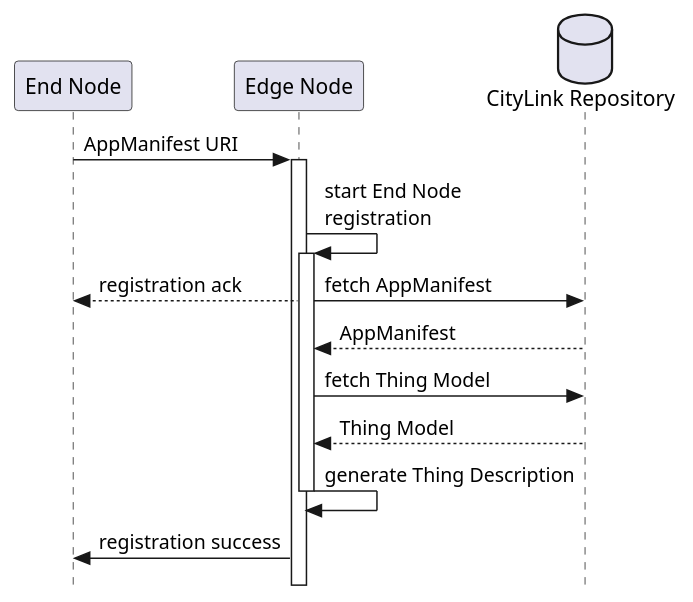
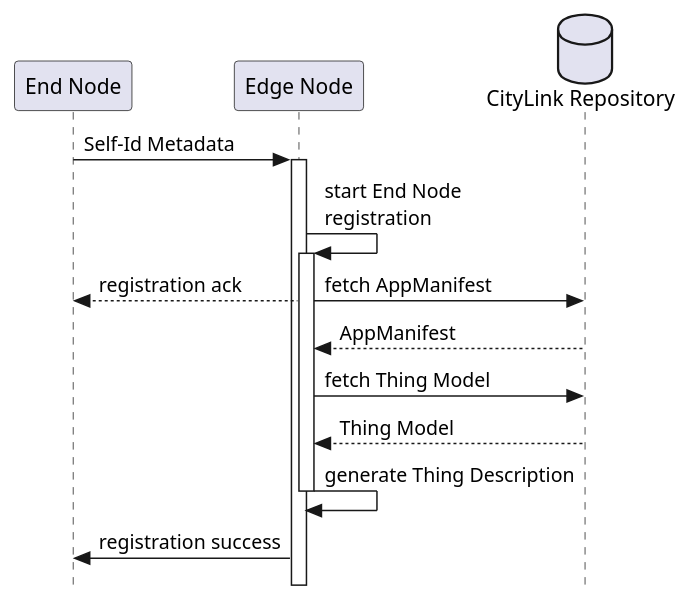
One commit to les2feup/CityLink changed the diagram in uml/Sequence/registration.puml. Above: the diagram before and after it, drawn with PlantUML. The commit also changed 3 other files, not shown here.

```diff
--- a/uml/Sequence/registration.puml
+++ b/uml/Sequence/registration.puml
@@ -1,26 +1,26 @@
 @startuml
 !pragma teoz true
 skinparam style strictuml
 
 participant "End Node" as endNode
 participant "Edge Node" as edgeNode
 database "CityLink Repository" as cloud
 
-endNode -> edgeNode : AppManifest URI
+endNode -> edgeNode : Self-Id Metadata
 
 activate edgeNode
 edgeNode -> edgeNode : start End Node\nregistration
 
 activate edgeNode
 edgeNode --> endNode : registration ack 
 & edgeNode -> cloud : fetch AppManifest
 cloud --> edgeNode: AppManifest
 
 edgeNode -> cloud: fetch Thing Model
 cloud --> edgeNode: Thing Model
 
 edgeNode -> edgeNode : generate Thing Description
 deactivate edgeNode
 
 edgeNode -> endNode: registration success
 @enduml
```
